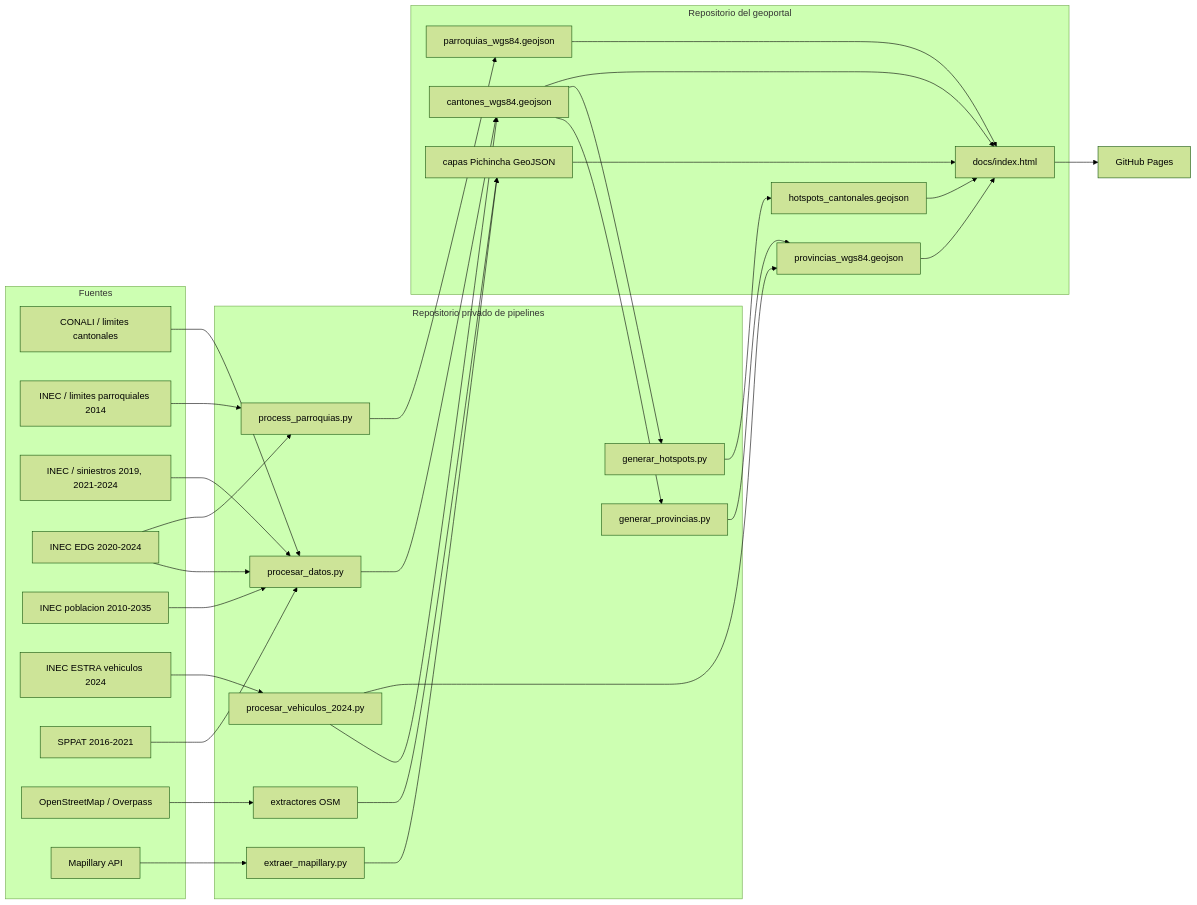
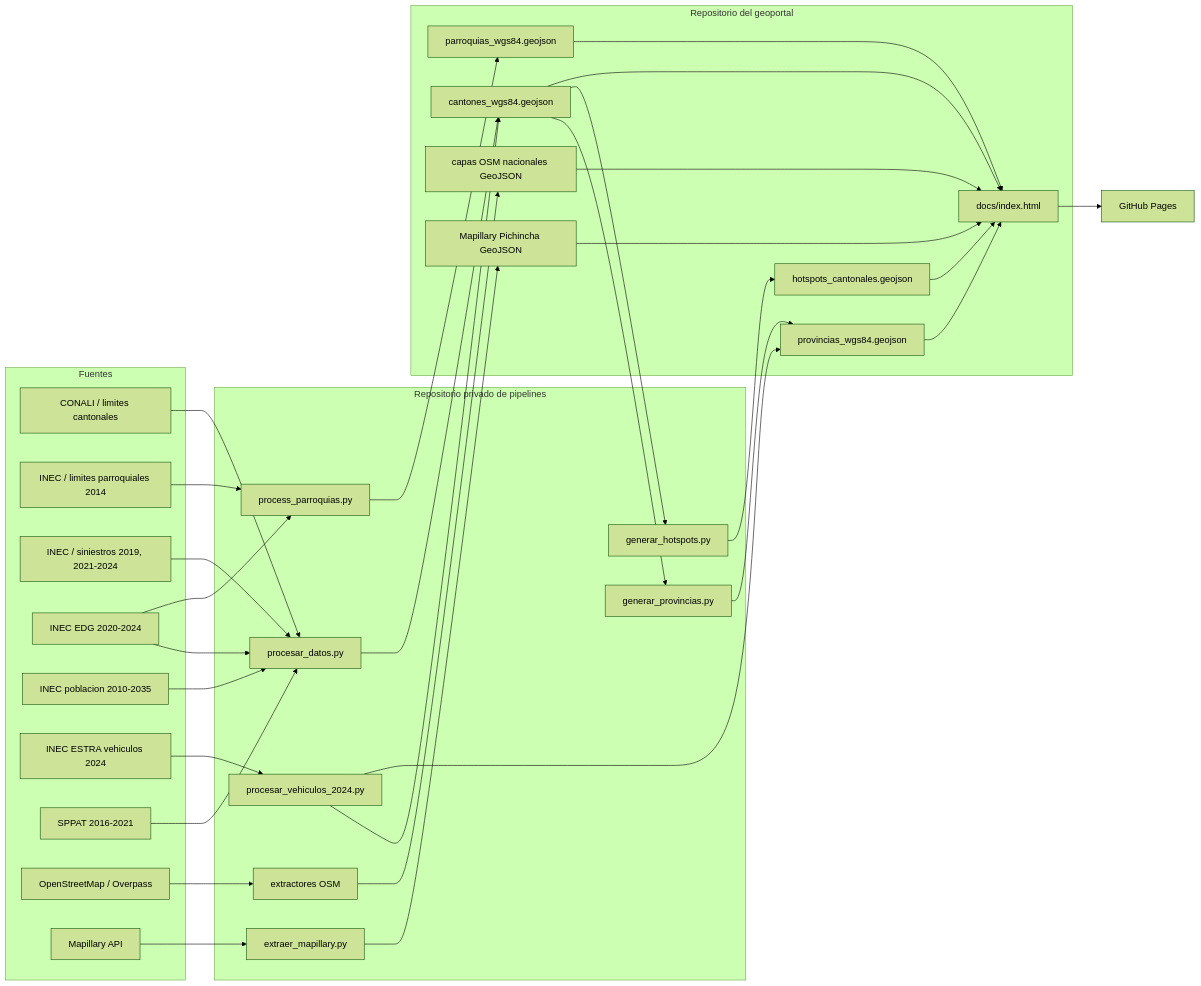
Before and after one commit to fundacionredsa/redsa-observatorio-seguridad-vial: the diagram in documentacion/ARQUITECTURA.md, drawn with Mermaid (forest theme). The commit also changed other lines of this file and 31 other files, not shown here.

Commit message:
Geoportal: linea temporal y capas OSM nacionales

````diff
--- a/documentacion/ARQUITECTURA.md
+++ b/documentacion/ARQUITECTURA.md
@@ -5,50 +5,52 @@
 ```mermaid
 flowchart LR
   subgraph F[Fuentes]
     CONALI[CONALI / limites cantonales]
     INECP[INEC / limites parroquiales 2014]
     SIN[INEC / siniestros 2019, 2021-2024]
     EDG[INEC EDG 2020-2024]
     POP[INEC poblacion 2010-2035]
     VEH[INEC ESTRA vehiculos 2024]
     SPPAT[SPPAT 2016-2021]
     OSM[OpenStreetMap / Overpass]
     MAP[Mapillary API]
   end
   subgraph P[Repositorio privado de pipelines]
     BASE[procesar_datos.py]
     PAR[process_parroquias.py]
     PROV[generar_provincias.py]
     HOT[generar_hotspots.py]
     V[procesar_vehiculos_2024.py]
     O[extractores OSM]
     M[extraer_mapillary.py]
   end
   subgraph D[Repositorio del geoportal]
     CANT[cantones_wgs84.geojson]
     PARR[parroquias_wgs84.geojson]
     PROVG[provincias_wgs84.geojson]
     HOTG[hotspots_cantonales.geojson]
-    OSMG[capas Pichincha GeoJSON]
+    OSMG[capas OSM nacionales GeoJSON]
+    MAPG[Mapillary Pichincha GeoJSON]
     WEB[docs/index.html]
   end
   CONALI --> BASE --> CANT
   SIN --> BASE
   EDG --> BASE
   POP --> BASE
   SPPAT --> BASE
   INECP --> PAR --> PARR
   EDG --> PAR
   CANT --> PROV --> PROVG
   CANT --> HOT --> HOTG
   VEH --> V --> CANT
   V --> PROVG
   OSM --> O --> OSMG
-  MAP --> M --> OSMG
+  MAP --> M --> MAPG
   CANT --> WEB
   PARR --> WEB
   PROVG --> WEB
   HOTG --> WEB
   OSMG --> WEB
+  MAPG --> WEB
   WEB --> PAGES[GitHub Pages]
 ```
````
